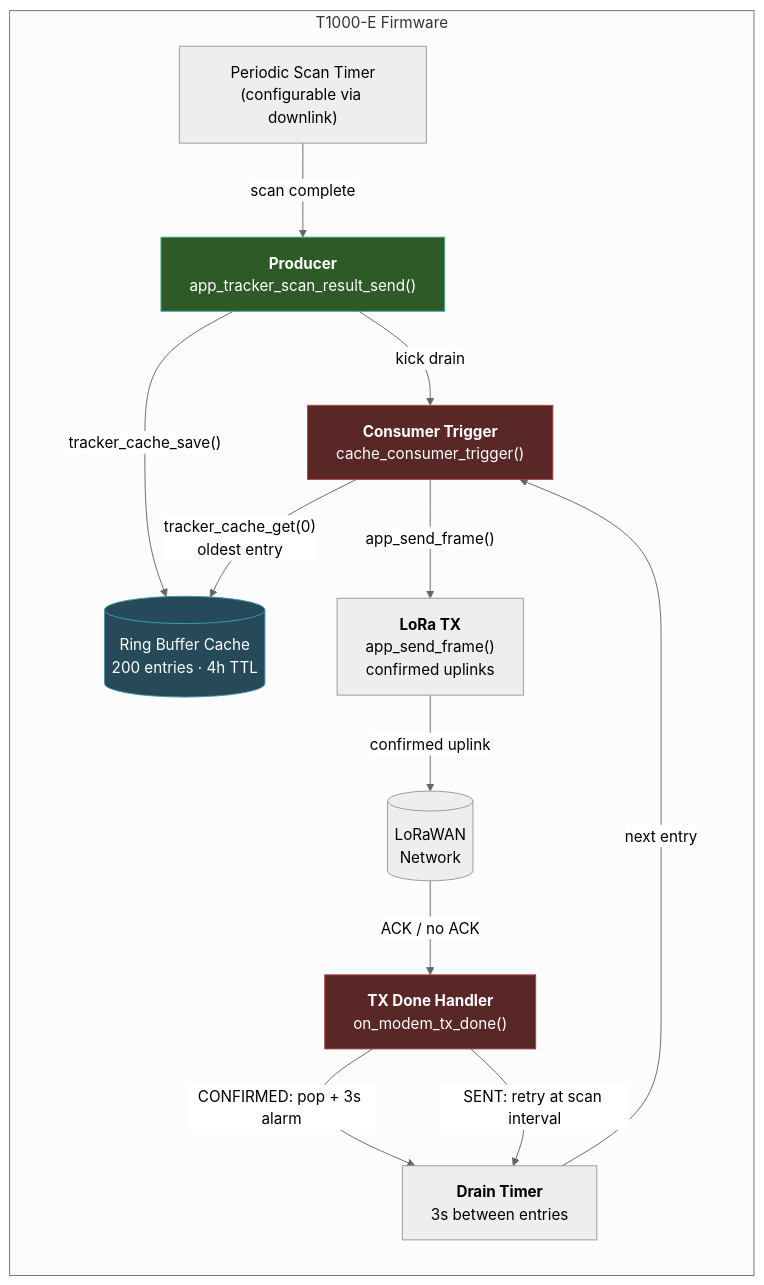
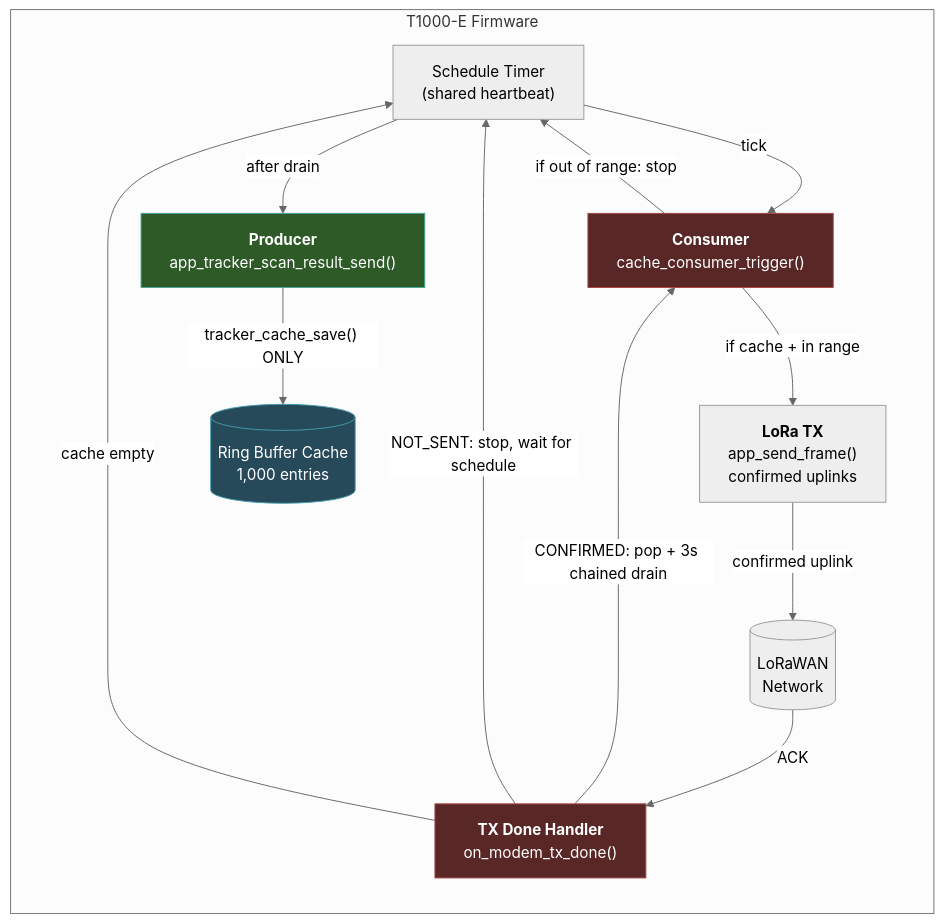
Before and after one commit to ViVSoftComputers/t1000e-firmware: the first of 2 diagrams in README.md, drawn with Mermaid (neutral theme). The commit also changed other lines of this file, not shown here.

Commit message:
v24: Update README — new architecture, hybrid drain, ack beep, version table

````diff
--- a/README.md
+++ b/README.md
@@ -66,30 +70,29 @@
 ```mermaid
 flowchart TD
     subgraph Device["T1000-E Firmware"]
         direction TB
-        SCAN["Periodic Scan Timer<br/>(configurable via downlink)"]
+        SCHEDULE["Schedule Timer<br/>(shared heartbeat)"]
         PRODUCER["<b>Producer</b><br/>app_tracker_scan_result_send()"]
-        CACHE[("Ring Buffer Cache<br/>200 entries · 4h TTL")]
-        TRIGGER["<b>Consumer Trigger</b><br/>cache_consumer_trigger()"]
-        DRAIN["<b>Drain Timer</b><br/>3s between entries"]
+        CACHE[("Ring Buffer Cache<br/>1,000 entries")]
+        CONSUMER["<b>Consumer</b><br/>cache_consumer_trigger()"]
         TX["<b>LoRa TX</b><br/>app_send_frame()<br/>confirmed uplinks"]
         TXDONE["<b>TX Done Handler</b><br/>on_modem_tx_done()"]
         LORA[("LoRaWAN<br/>Network")]
     end
 
-    SCAN -->|"scan complete"| PRODUCER
-    PRODUCER -->|"tracker_cache_save()"| CACHE
-    PRODUCER -->|"kick drain"| TRIGGER
-    TRIGGER -->|"tracker_cache_get(0)<br/>oldest entry"| CACHE
-    TRIGGER -->|"app_send_frame()"| TX
+    SCHEDULE -->|"tick"| CONSUMER
+    CONSUMER -->|"if cache + in range"| TX
+    CONSUMER -->|"if out of range: stop"| SCHEDULE
     TX -->|"confirmed uplink"| LORA
-    LORA -->|"ACK / no ACK"| TXDONE
-    TXDONE -->|"CONFIRMED: pop + 3s alarm"| DRAIN
-    TXDONE -->|"SENT: retry at scan interval"| DRAIN
-    DRAIN -->|"next entry"| TRIGGER
+    LORA -->|"ACK"| TXDONE
+    TXDONE -->|"CONFIRMED: pop + 3s chained drain"| CONSUMER
+    TXDONE -->|"NOT_SENT: stop, wait for schedule"| SCHEDULE
+    TXDONE -->|"cache empty"| SCHEDULE
+    SCHEDULE -->|"after drain"| PRODUCER
+    PRODUCER -->|"tracker_cache_save() ONLY"| CACHE
 
     style PRODUCER fill:#2d5a27,stroke:#4a9,color:#fff
-    style TRIGGER fill:#5a2727,stroke:#a44,color:#fff
+    style CONSUMER fill:#5a2727,stroke:#a44,color:#fff
     style TXDONE fill:#5a2727,stroke:#a44,color:#fff
     style CACHE fill:#274a5a,stroke:#49a,color:#fff
 ```
````
